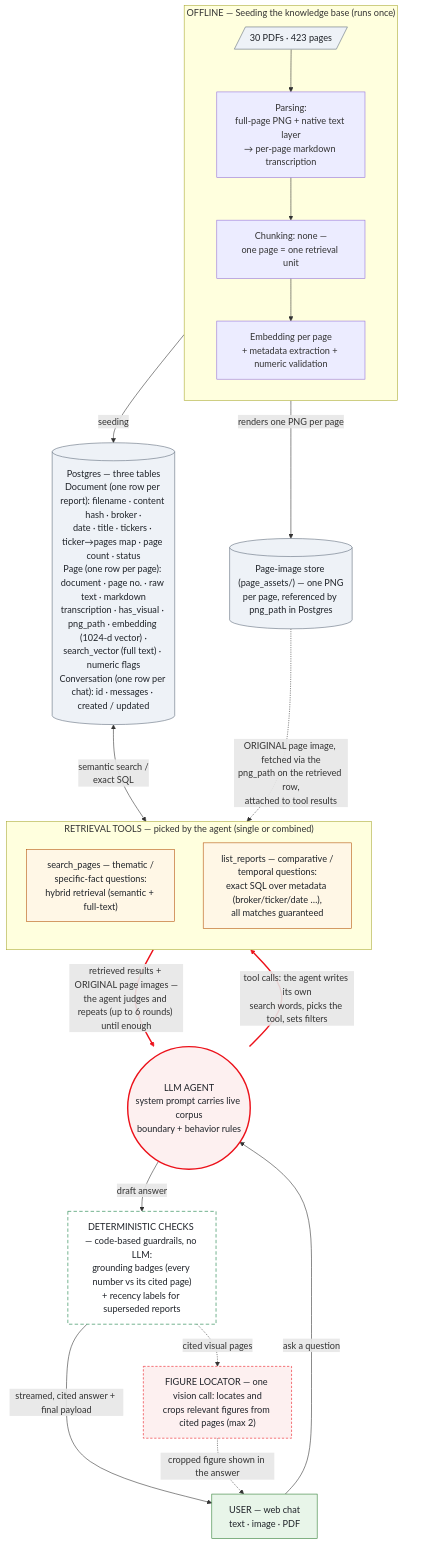
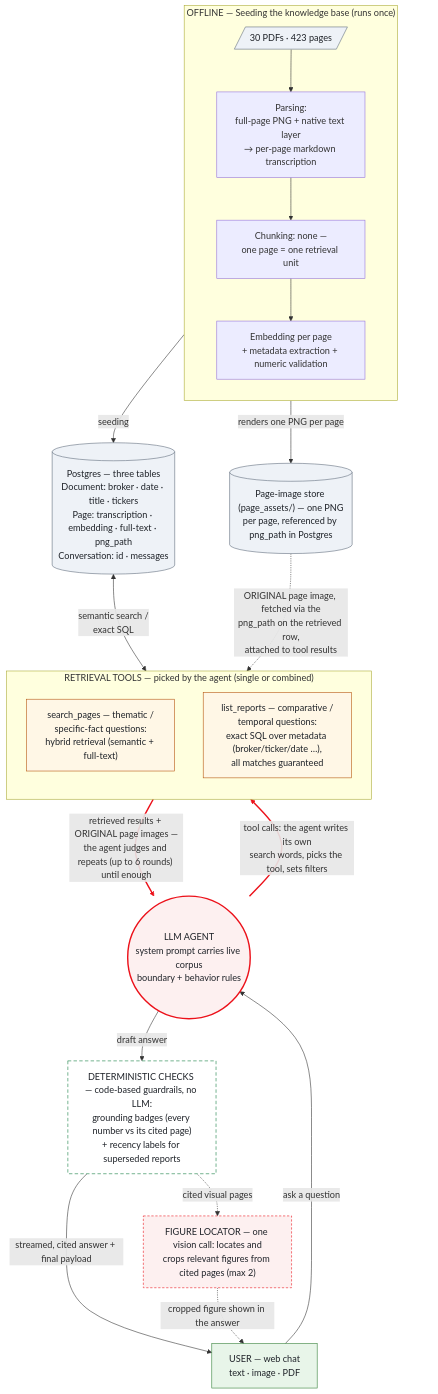
Before and after one commit to Nicole-Tu97/broker-research-chatbot: the diagram in DESIGN.md, drawn with Mermaid.

Commit message:
DESIGN diagram: Postgres node reduced to the three tables and their key fields

````diff
--- a/DESIGN.md
+++ b/DESIGN.md
@@ -35,57 +35,57 @@
 ```mermaid
 flowchart TB
     subgraph SEED["OFFLINE — Seeding the knowledge base (runs once)"]
         direction TB
         DOCS[/"30 PDFs · 423 pages"/]
         DOCS --> P0["Parsing:<br/>full-page PNG + native text layer<br/>→ per-page markdown transcription"]
         P0 --> P1["Chunking: none —<br/>one page = one retrieval unit"]
         P1 --> P2["Embedding per page<br/>+ metadata extraction + numeric validation"]
     end
 
-    PG[("Postgres — three tables<br/>Document (one row per report): filename · content hash · broker ·<br/>date · title · tickers · ticker→pages map · page count · status<br/>Page (one row per page): document · page no. · raw text · markdown<br/>transcription · has_visual · png_path · embedding (1024-d vector) ·<br/>search_vector (full text) · numeric flags<br/>Conversation (one row per chat): id · messages · created / updated")]
+    PG[("Postgres — three tables<br/>Document: broker · date · title · tickers<br/>Page: transcription · embedding · full-text · png_path<br/>Conversation: id · messages")]
     IMG[("Page-image store (page_assets/) — one PNG<br/>per page, referenced by png_path in Postgres")]
 
     A(("LLM AGENT<br/>system prompt carries live corpus<br/>boundary + behavior rules"))
 
     subgraph TOOLS["RETRIEVAL TOOLS — picked by the agent (single or combined)"]
         direction TB
         SP["search_pages — thematic /<br/>specific-fact questions:<br/>hybrid retrieval (semantic + full-text)"]
         LRT["list_reports — comparative /<br/>temporal questions:<br/>exact SQL over metadata (broker/ticker/date …),<br/>all matches guaranteed"]
     end
 
     U["USER — web chat<br/>text · image · PDF"]
 
     CK["DETERMINISTIC CHECKS — code-based guardrails, no LLM:<br/>grounding badges (every number vs its cited page)<br/>+ recency labels for superseded reports"]
     FIG["FIGURE LOCATOR — one vision call: locates and<br/>crops relevant figures from cited pages (max 2)"]
 
     SEED -- "seeding" --> PG
     SEED -- "renders one PNG per page" --> IMG
     U -- "ask a question" --> A
     A -- "tool calls: the agent writes its own<br/>search words, picks the tool, sets filters" --> TOOLS
     TOOLS -- "retrieved results + ORIGINAL page images —<br/>the agent judges and repeats (up to 6 rounds) until enough" --> A
     PG <-- "semantic search /<br/>exact SQL" --> TOOLS
     IMG -. "ORIGINAL page image, fetched via the<br/>png_path on the retrieved row,<br/>attached to tool results" .-> TOOLS
     A -- "draft answer" --> CK
     CK -- "streamed, cited answer + final payload" --> U
     CK -. "cited visual pages" .-> FIG
     FIG -. "cropped figure shown in the answer" .-> U
     SEED ~~~ U
 
     %% Red edges = the agentic decision surface: outbound, the agent phrases its own
     %% queries, picks tools and filters; on the return, it judges sufficiency and repeats.
     %% linkStyle indexes edges in order of appearance (subgraph-internal edges included).
     linkStyle 6,7 stroke:#EC111A,stroke-width:2.5px;
 
     classDef user fill:#e8f5e9,stroke:#2e7d32,color:#1f2329;
     classDef tool fill:#fff7e6,stroke:#b45309,color:#1f2329;
     classDef agent fill:#FDF0F0,stroke:#EC111A,stroke-width:2.5px,color:#1f2329;
     classDef store fill:#eef2f7,stroke:#5f6b7a,color:#1f2329;
     classDef det fill:#ffffff,stroke:#0e7a3d,stroke-dasharray:6 4,color:#1f2329;
     classDef llm fill:#FDF0F0,stroke:#EC111A,stroke-dasharray:4 3,color:#1f2329;
     class U user;
     class SP,LRT tool;
     class A agent;
     class DOCS,PG,IMG store;
     class CK det;
     class FIG llm;
 ```
````
